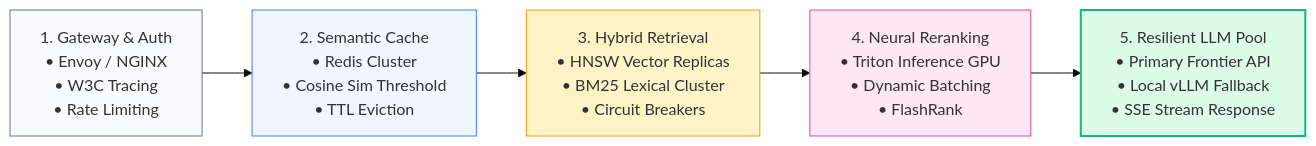
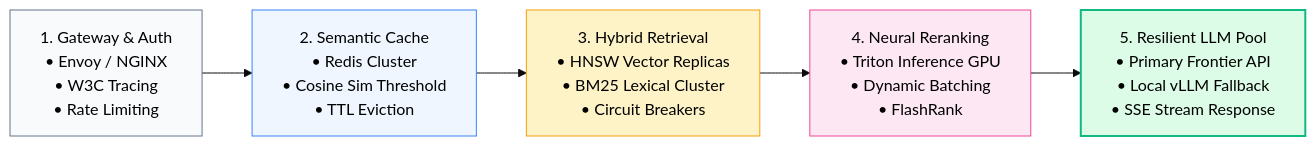
One commit to swapnil3104/RAG-Engineering changed the third of 3 diagrams in 09-RAG-Deployment-and-Production/Production-RAG.md. Above: the diagram before and after it, drawn with Mermaid (base theme). The commit also changed other lines of this file and 108 other files, not shown here.

Commit message:
fix: make chart text visible across all Mermaid diagrams and resolve markdown table formatting issues

````diff
--- a/09-RAG-Deployment-and-Production/Production-RAG.md
+++ b/09-RAG-Deployment-and-Production/Production-RAG.md
@@ -518,13 +518,13 @@
 ```mermaid
 flowchart LR
     M1["1. Gateway & Auth<br/>• Envoy / NGINX<br/>• W3C Tracing<br/>• Rate Limiting"] --> M2["2. Semantic Cache<br/>• Redis Cluster<br/>• Cosine Sim Threshold<br/>• TTL Eviction"]
     M2 --> M3["3. Hybrid Retrieval<br/>• HNSW Vector Replicas<br/>• BM25 Lexical Cluster<br/>• Circuit Breakers"]
     M3 --> M4["4. Neural Reranking<br/>• Triton Inference GPU<br/>• Dynamic Batching<br/>• FlashRank"]
     M4 --> M5["5. Resilient LLM Pool<br/>• Primary Frontier API<br/>• Local vLLM Fallback<br/>• SSE Stream Response"]
 
-    style M1 fill:#f8fafc,stroke:#64748b
-    style M2 fill:#eff6ff,stroke:#3b82f6
-    style M3 fill:#fef3c7,stroke:#f59e0b
-    style M4 fill:#fce7f3,stroke:#ec4899
-    style M5 fill:#dcfce7,stroke:#10b981,stroke-width:2px
+    style M1 fill:#f8fafc,stroke:#64748b,color:#000000
+    style M2 fill:#eff6ff,stroke:#3b82f6,color:#000000
+    style M3 fill:#fef3c7,stroke:#f59e0b,color:#000000
+    style M4 fill:#fce7f3,stroke:#ec4899,color:#000000
+    style M5 fill:#dcfce7,stroke:#10b981,stroke-width:2px,color:#000000
 ```
````
